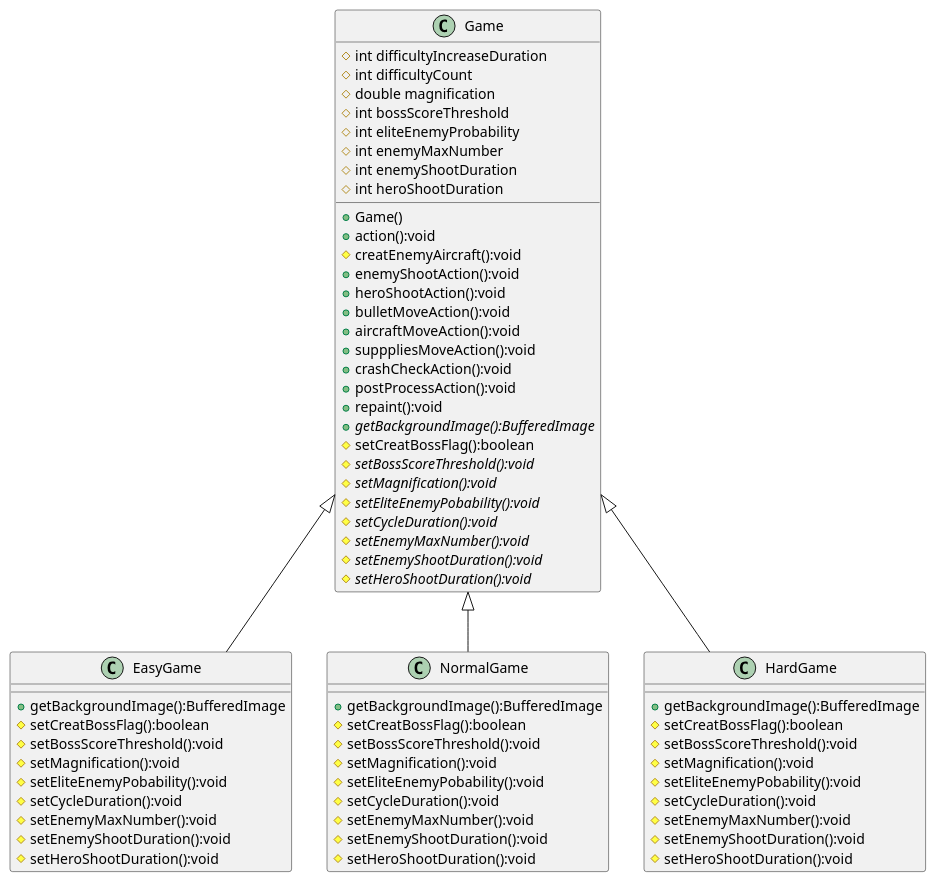
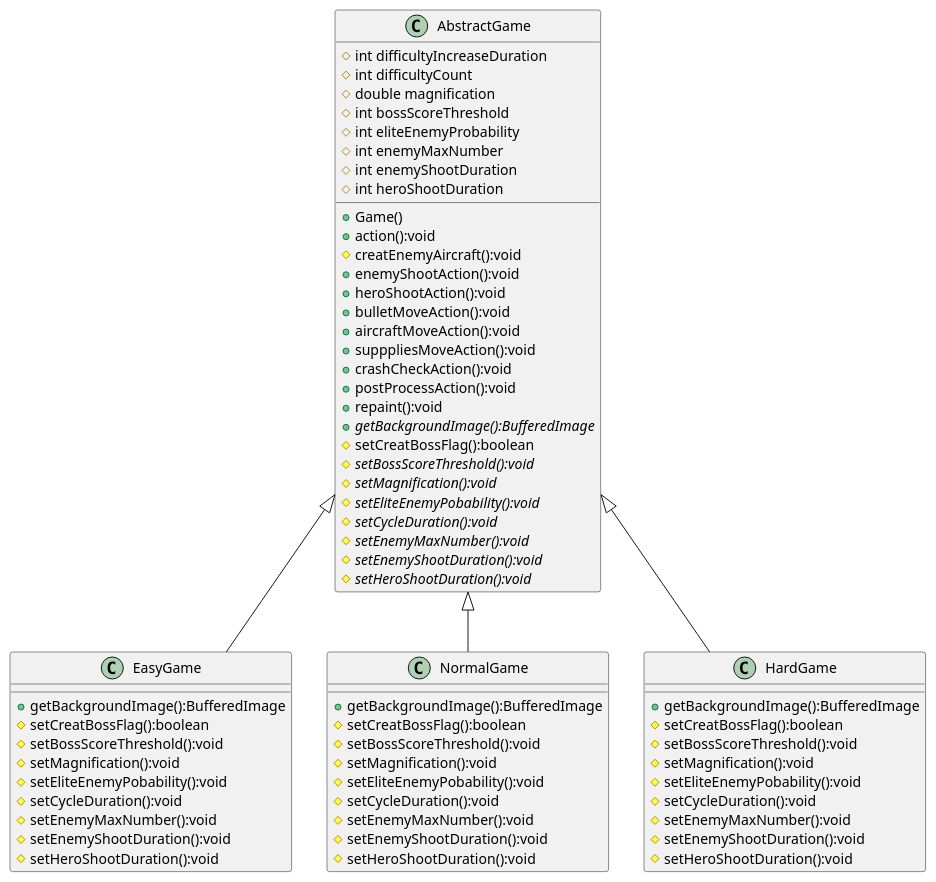
Before and after one commit to Lokshaw-Chau/AircraftWar: the diagram in uml/TemplatePattern.puml, drawn with PlantUML. The commit also changed 23 other files, not shown here.

```diff
--- a/uml/TemplatePattern.puml
+++ b/uml/TemplatePattern.puml
@@ -1,72 +1,72 @@
 @startuml
 'https://plantuml.com/class-diagram
 
-class Game{
+class AbstractGame{
     # int difficultyIncreaseDuration
     # int difficultyCount
     # double magnification
     # int bossScoreThreshold
     # int eliteEnemyProbability
     # int enemyMaxNumber
     # int enemyShootDuration
     # int heroShootDuration
     + Game()
     + action():void
     # creatEnemyAircraft():void
     + enemyShootAction():void
     + heroShootAction():void
     + bulletMoveAction():void
     + aircraftMoveAction():void
     + supppliesMoveAction():void
     + crashCheckAction():void
     + postProcessAction():void
     + repaint():void
     +{abstract} getBackgroundImage():BufferedImage
     # setCreatBossFlag():boolean
     #{abstract} setBossScoreThreshold():void
     #{abstract} setMagnification():void
     #{abstract} setEliteEnemyPobability():void
     #{abstract} setCycleDuration():void
     #{abstract} setEnemyMaxNumber():void
     #{abstract} setEnemyShootDuration():void
     #{abstract} setHeroShootDuration():void
 }
 
 class EasyGame{
     + getBackgroundImage():BufferedImage
     # setCreatBossFlag():boolean
     # setBossScoreThreshold():void
     # setMagnification():void
     # setEliteEnemyPobability():void
     # setCycleDuration():void
     # setEnemyMaxNumber():void
     # setEnemyShootDuration():void
     # setHeroShootDuration():void
 }
 class NormalGame{
     + getBackgroundImage():BufferedImage
     # setCreatBossFlag():boolean
     # setBossScoreThreshold():void
     # setMagnification():void
     # setEliteEnemyPobability():void
     # setCycleDuration():void
     # setEnemyMaxNumber():void
     # setEnemyShootDuration():void
     # setHeroShootDuration():void
 }
 class HardGame{
     + getBackgroundImage():BufferedImage
     # setCreatBossFlag():boolean
     # setBossScoreThreshold():void
     # setMagnification():void
     # setEliteEnemyPobability():void
     # setCycleDuration():void
     # setEnemyMaxNumber():void
     # setEnemyShootDuration():void
     # setHeroShootDuration():void
 }
 
-Game <|-- EasyGame
-Game <|-- HardGame
-Game <|-- NormalGame
+AbstractGame <|-- EasyGame
+AbstractGame <|-- HardGame
+AbstractGame <|-- NormalGame
 @enduml
```
